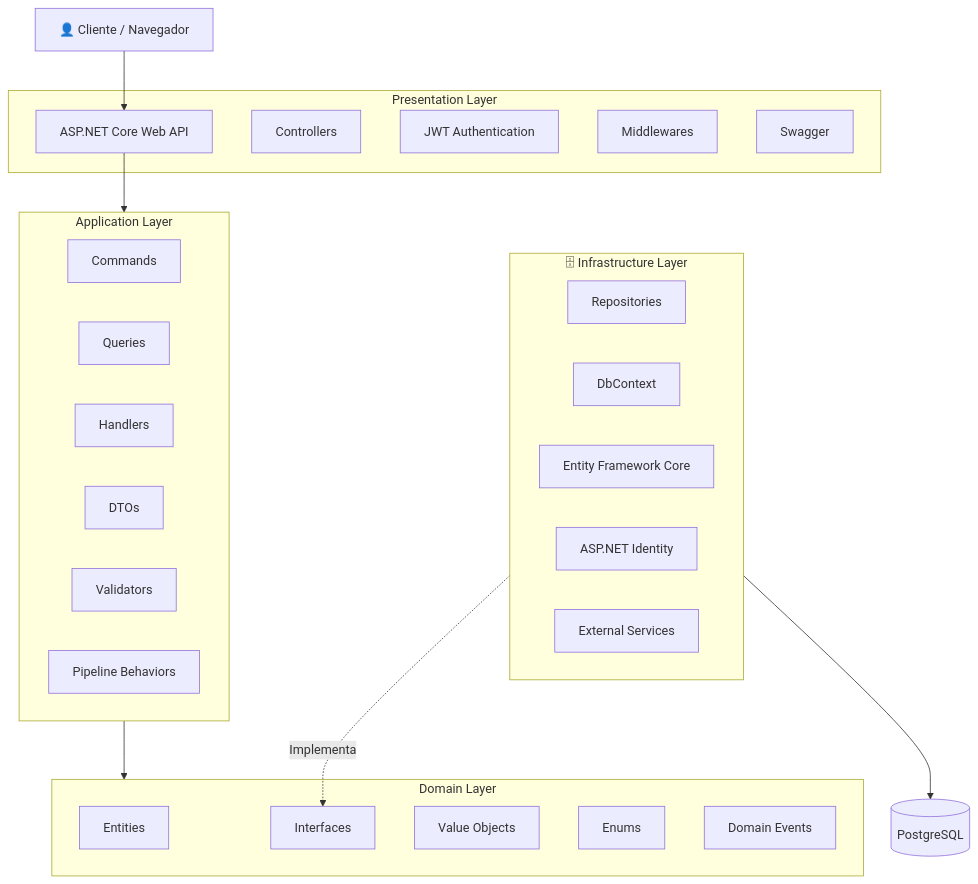
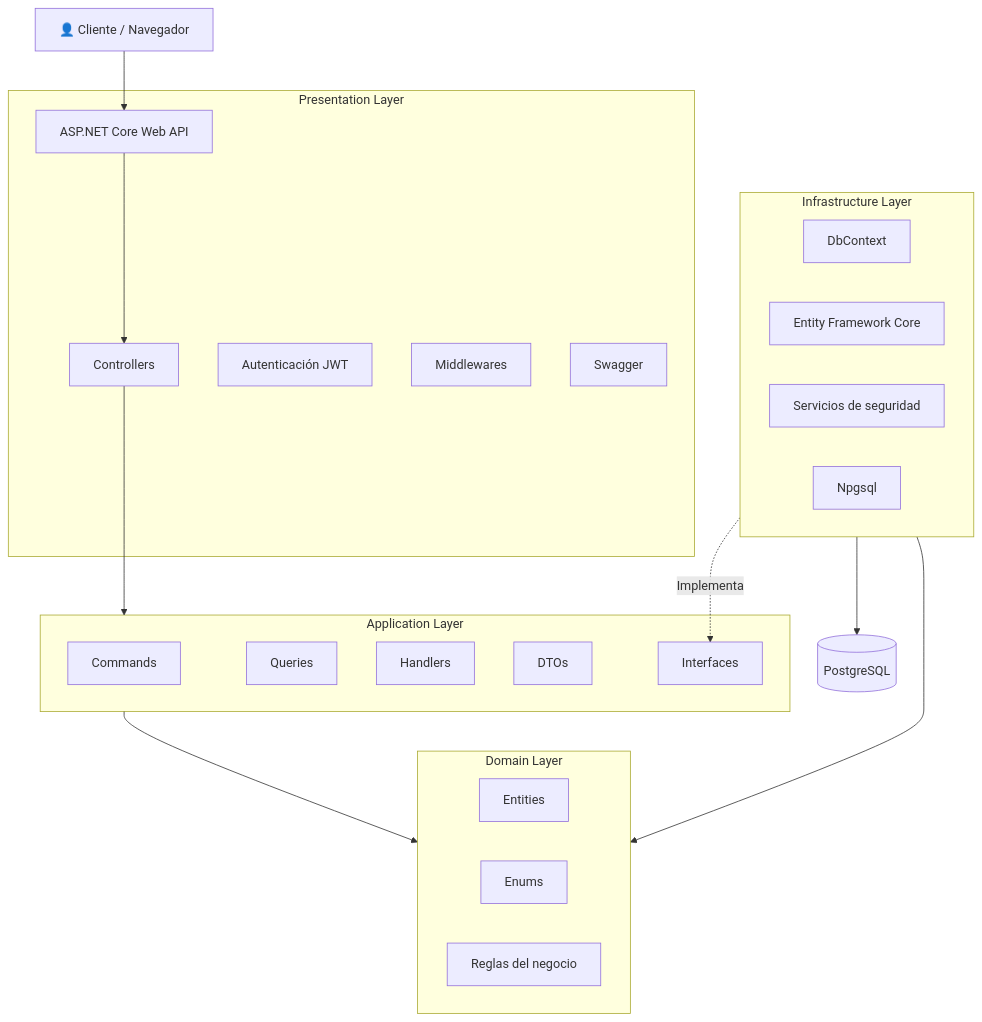
Before and after one commit to Fabian-Arteaga/asistencia-pyme: the first of 2 diagrams in docs/Documento de diseño.md, drawn with Mermaid. The commit also changed other lines of this file and 2 other files, not shown here.

Commit message:
docs: actualizar documentación final del proyecto

````diff
--- a/docs/Documento de diseño.md
+++ b/docs/Documento de diseño.md
@@ -53,46 +53,44 @@
 ```mermaid
 flowchart TB
 
     Client["👤 Cliente / Navegador"]
 
-    subgraph Presentation[" Presentation Layer"]
+    subgraph Presentation["Presentation Layer"]
         API["ASP.NET Core Web API"]
         Controllers["Controllers"]
-        JWT["JWT Authentication"]
+        JWT["Autenticación JWT"]
         Middleware["Middlewares"]
         Swagger["Swagger"]
     end
 
-    subgraph Application[" Application Layer"]
+    subgraph Application["Application Layer"]
         Commands["Commands"]
         Queries["Queries"]
         Handlers["Handlers"]
         DTOs["DTOs"]
-        Validators["Validators"]
-        Behaviors["Pipeline Behaviors"]
+        Interfaces["Interfaces"]
     end
 
-    subgraph Domain[" Domain Layer"]
+    subgraph Domain["Domain Layer"]
         Entities["Entities"]
-        Interfaces["Interfaces"]
-        ValueObjects["Value Objects"]
         Enums["Enums"]
-        Events["Domain Events"]
+        BusinessRules["Reglas del negocio"]
     end
 
-    subgraph Infrastructure["🗄 Infrastructure Layer"]
-        Repositories["Repositories"]
+    subgraph Infrastructure["Infrastructure Layer"]
         DbContext["DbContext"]
         EF["Entity Framework Core"]
-        Identity["ASP.NET Identity"]
-        Services["External Services"]
+        Security["Servicios de seguridad"]
+        Npgsql["Npgsql"]
     end
 
-    Database[(" PostgreSQL")]
+    Database[("PostgreSQL")]
 
     Client --> API
-    API --> Application
+    API --> Controllers
+    Controllers --> Application
     Application --> Domain
     Infrastructure -. Implementa .-> Interfaces
+    Infrastructure --> Domain
     Infrastructure --> Database
 ```
````
